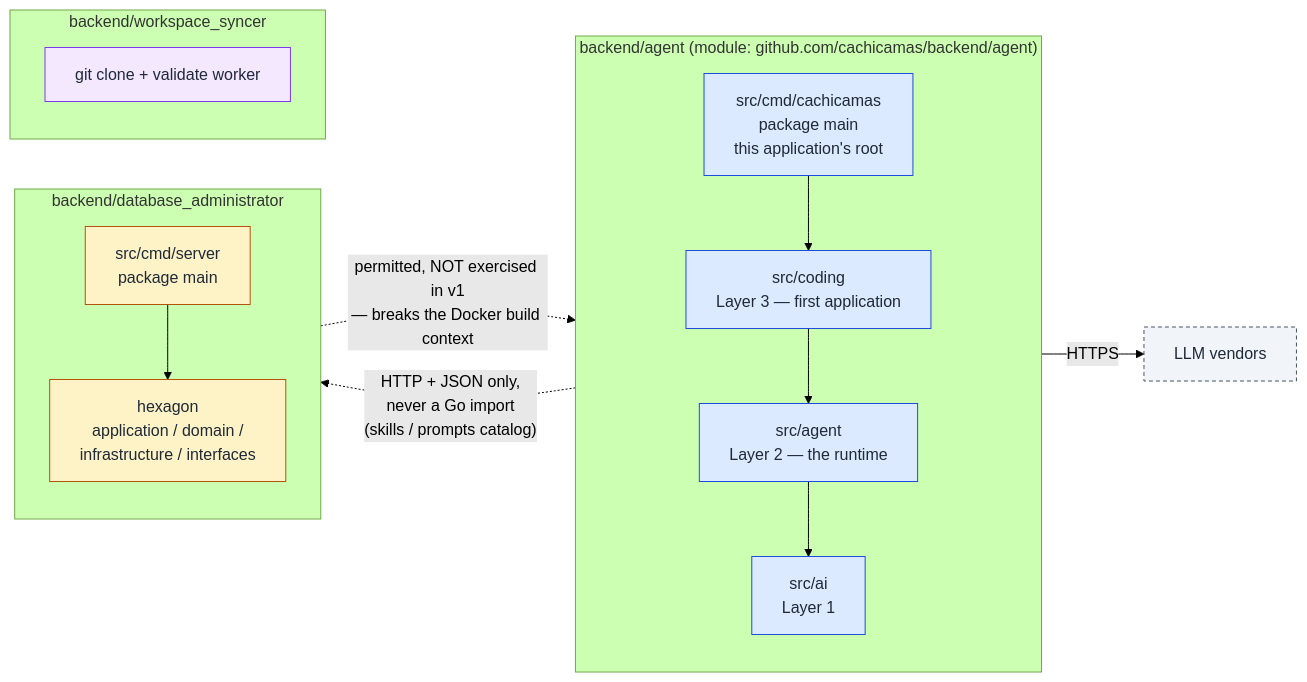
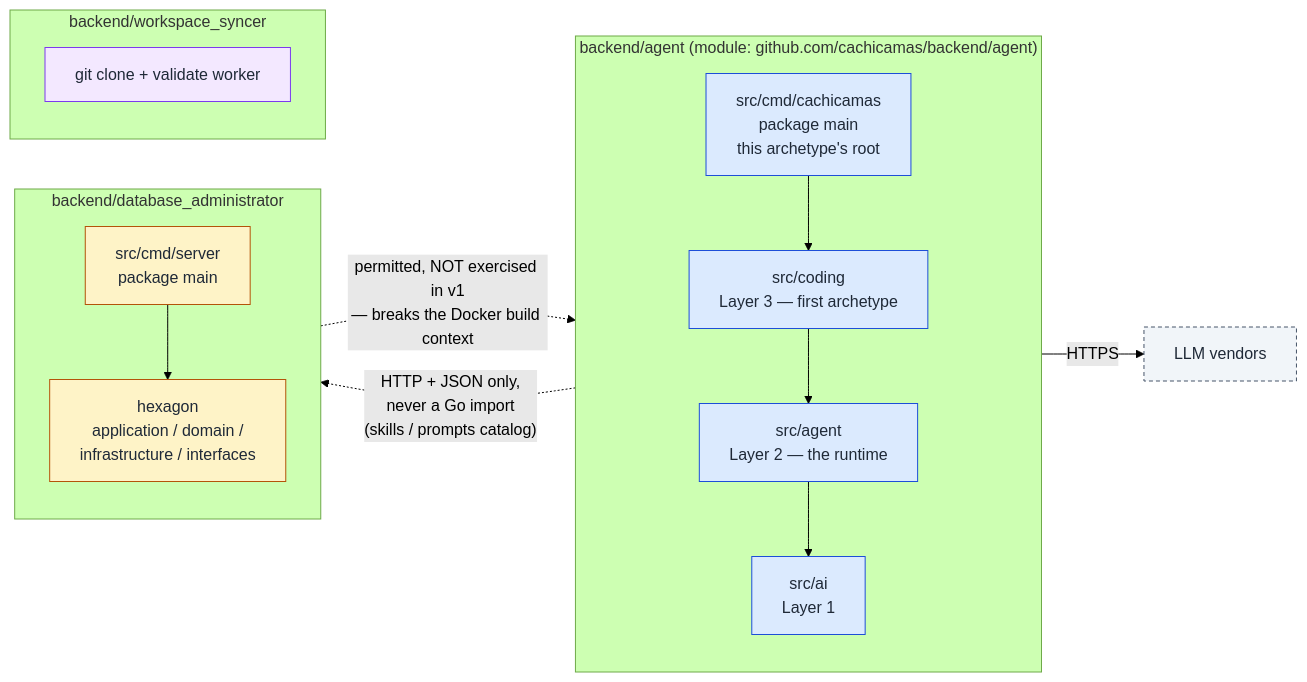
The first of 3 diagrams in docs/architecture/0001-cachicamas-agent-stack-v2.md (witsaba/cachicamas), drawn with Mermaid (forest theme) before and after one commit. The commit also changed other lines of this file and 8 other files, not shown here.

````diff
--- a/docs/architecture/0001-cachicamas-agent-stack-v2.md
+++ b/docs/architecture/0001-cachicamas-agent-stack-v2.md
@@ -134,38 +148,38 @@
 ```mermaid
 flowchart LR
     subgraph AGENTMOD["backend/agent  (module: github.com/cachicamas/backend/agent)"]
         direction TB
-        CMD["src/cmd/cachicamas<br/>package main<br/>this application's root"]
-        COD["src/coding<br/>Layer 3 — first application"]
+        CMD["src/cmd/cachicamas<br/>package main<br/>this archetype's root"]
+        COD["src/coding<br/>Layer 3 — first archetype"]
         AGT["src/agent<br/>Layer 2 — the runtime"]
         AIL["src/ai<br/>Layer 1"]
         CMD --> COD --> AGT --> AIL
     end
 
     subgraph DBAMOD["backend/database_administrator"]
         direction TB
         SRV["src/cmd/server<br/>package main"]
         HEX["hexagon<br/>application / domain /<br/>infrastructure / interfaces"]
         SRV --> HEX
     end
 
     subgraph WSMOD["backend/workspace_syncer"]
         WS["git clone + validate worker"]
     end
 
     VEND["LLM vendors"]
 
     AIL -- "HTTPS" --> VEND
     COD -. "HTTP + JSON only,<br/>never a Go import<br/>(skills / prompts catalog)" .-> HEX
     HEX -. "permitted, NOT exercised in v1<br/>— breaks the Docker build context" .-> AGT
 
     classDef mod fill:#dbeafe,stroke:#1d4ed8,color:#1f2937
     classDef dba fill:#fef3c7,stroke:#b45309,color:#1f2937
     classDef ws  fill:#f3e8ff,stroke:#7c3aed,color:#1f2937
     classDef ven fill:#f1f5f9,stroke:#475569,color:#1f2937,stroke-dasharray: 4 3
 
     class CMD,COD,AGT,AIL mod
     class SRV,HEX dba
     class WS ws
     class VEND ven
 ```
````
